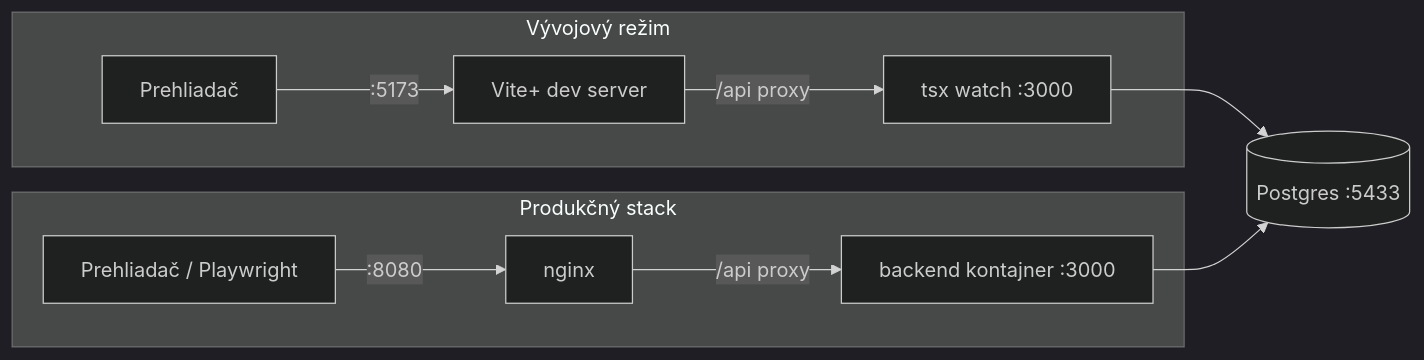
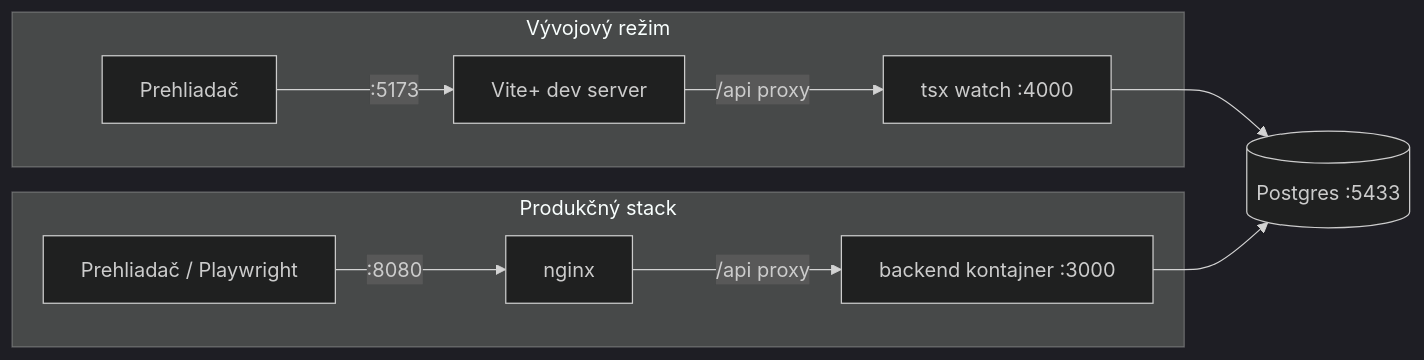
The diagram in docs/local-development.md (michal-bella/Locale-Admin), drawn with Mermaid (dark theme) before and after one commit. The commit also changed other lines of this file and 10 other files, not shown here.

````diff
--- a/docs/local-development.md
+++ b/docs/local-development.md
@@ -42,13 +42,13 @@
 ```mermaid
 flowchart LR
   subgraph dev[Vývojový režim]
     B1[Prehliadač] -->|:5173| V[Vite+ dev server]
-    V -->|/api proxy| BE1[tsx watch :3000]
+    V -->|/api proxy| BE1[tsx watch :4000]
   end
   subgraph stack[Produkčný stack]
     B2[Prehliadač / Playwright] -->|:8080| N[nginx]
     N -->|/api proxy| BE2[backend kontajner :3000]
   end
   BE1 --> DB[(Postgres :5433)]
   BE2 --> DB
 ```
````
